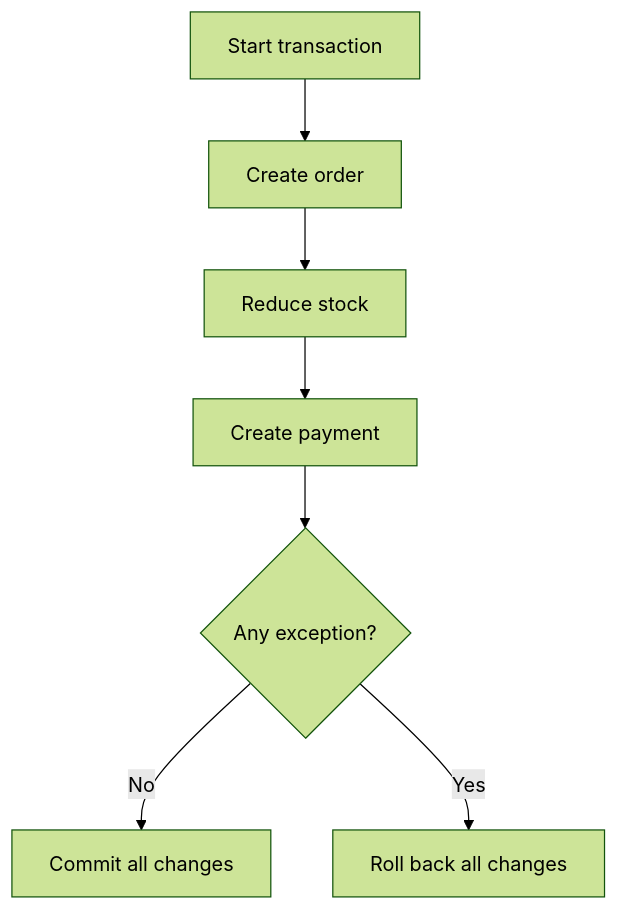
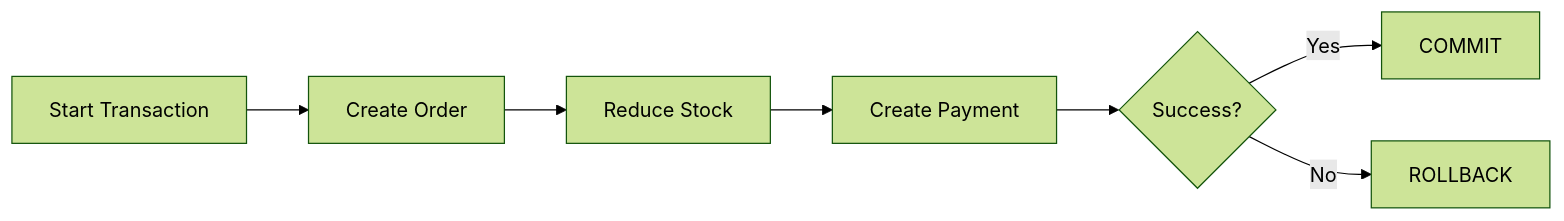
One commit to AvadhBhalodiya/Interview-Preparation changed the first of 8 diagrams in src/content/django/transactions-atomic.md. Above: the diagram before and after it, drawn with Mermaid (forest theme). The commit also changed other lines of this file and 80 other files, not shown here.

````diff
--- a/src/content/django/transactions-atomic.md
+++ b/src/content/django/transactions-atomic.md
@@ -81,9 +75,9 @@
 ```mermaid
-flowchart TD
-    A[Start transaction] --> B[Create order]
-    B --> C[Reduce stock]
-    C --> D[Create payment]
-    D --> E{Any exception?}
-    E -- No --> F[Commit all changes]
-    E -- Yes --> G[Roll back all changes]
+flowchart LR
+    A[Start Transaction] --> B[Create Order]
+    B --> C[Reduce Stock]
+    C --> D[Create Payment]
+    D --> E{Success?}
+    E -->|Yes| F[COMMIT]
+    E -->|No| G[ROLLBACK]
 ```
````
